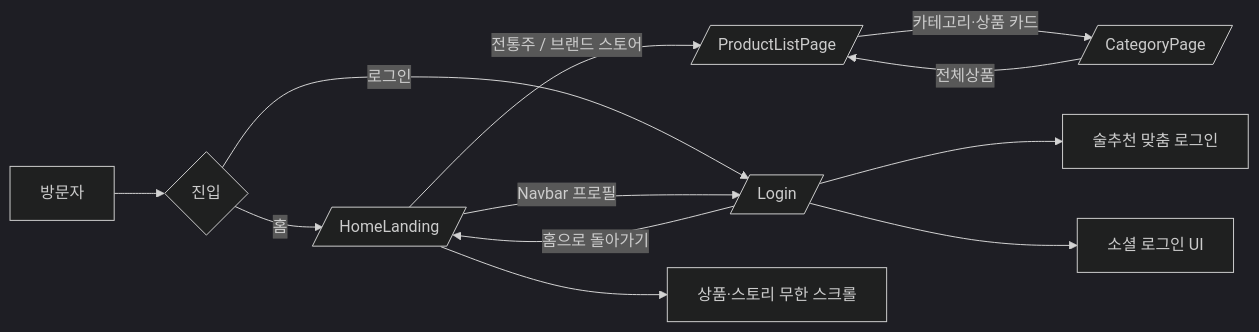
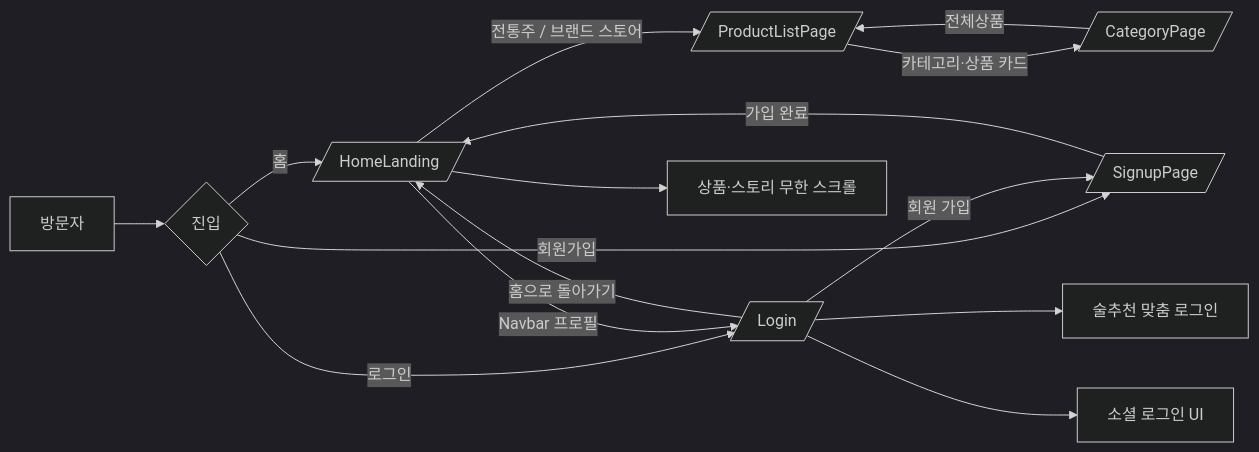
Before and after one commit to zyansuh/bitdam: the first of 3 diagrams in README.md, drawn with Mermaid (dark theme). The commit also changed other lines of this file, not shown here.

First line of the commit message:
docs(readme): document email signup

````diff
--- a/README.md
+++ b/README.md
@@ -79,14 +81,17 @@
 ```mermaid
 flowchart LR
     A[방문자] --> B{진입}
     B -->|홈| C[/ HomeLanding /]
     B -->|로그인| D[/ Login /]
+    B -->|회원가입| S[/ SignupPage /]
+    D -->|회원 가입| S
+    S -->|가입 완료| C
     C -->|전통주 / 브랜드 스토어| H[/ ProductListPage /]
     C -->|Navbar 프로필| D
     H -->|카테고리·상품 카드| I[/ CategoryPage /]
     I -->|전체상품| H
     D -->|홈으로 돌아가기| C
     C --> E[상품·스토리 무한 스크롤]
     D --> F[술추천 맞춤 로그인]
     D --> G[소셜 로그인 UI]
 ```
````
